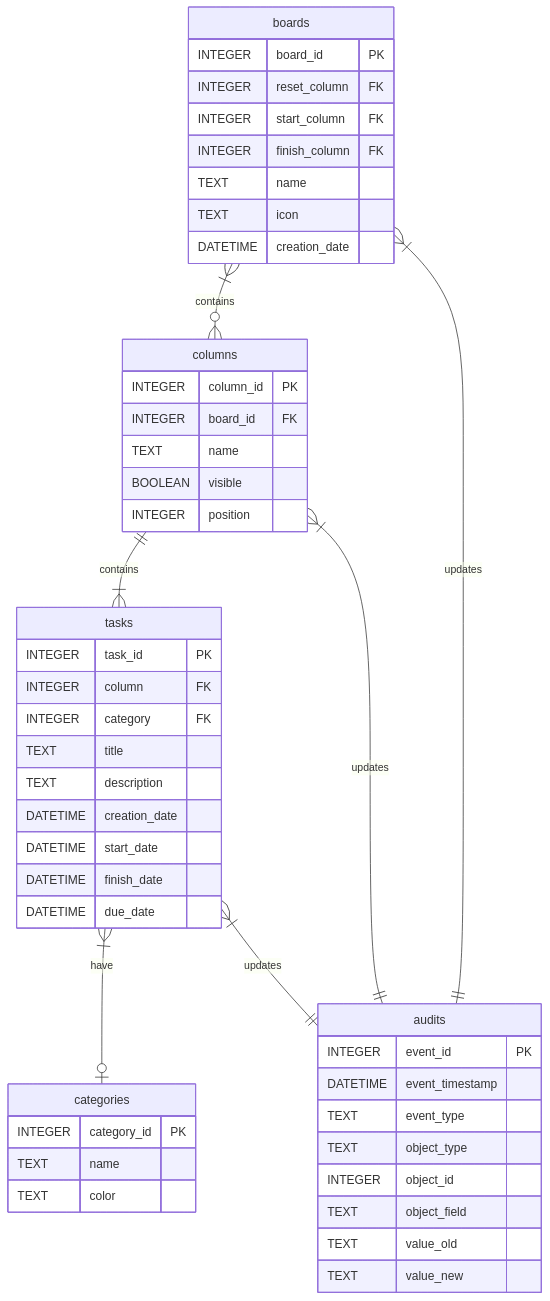
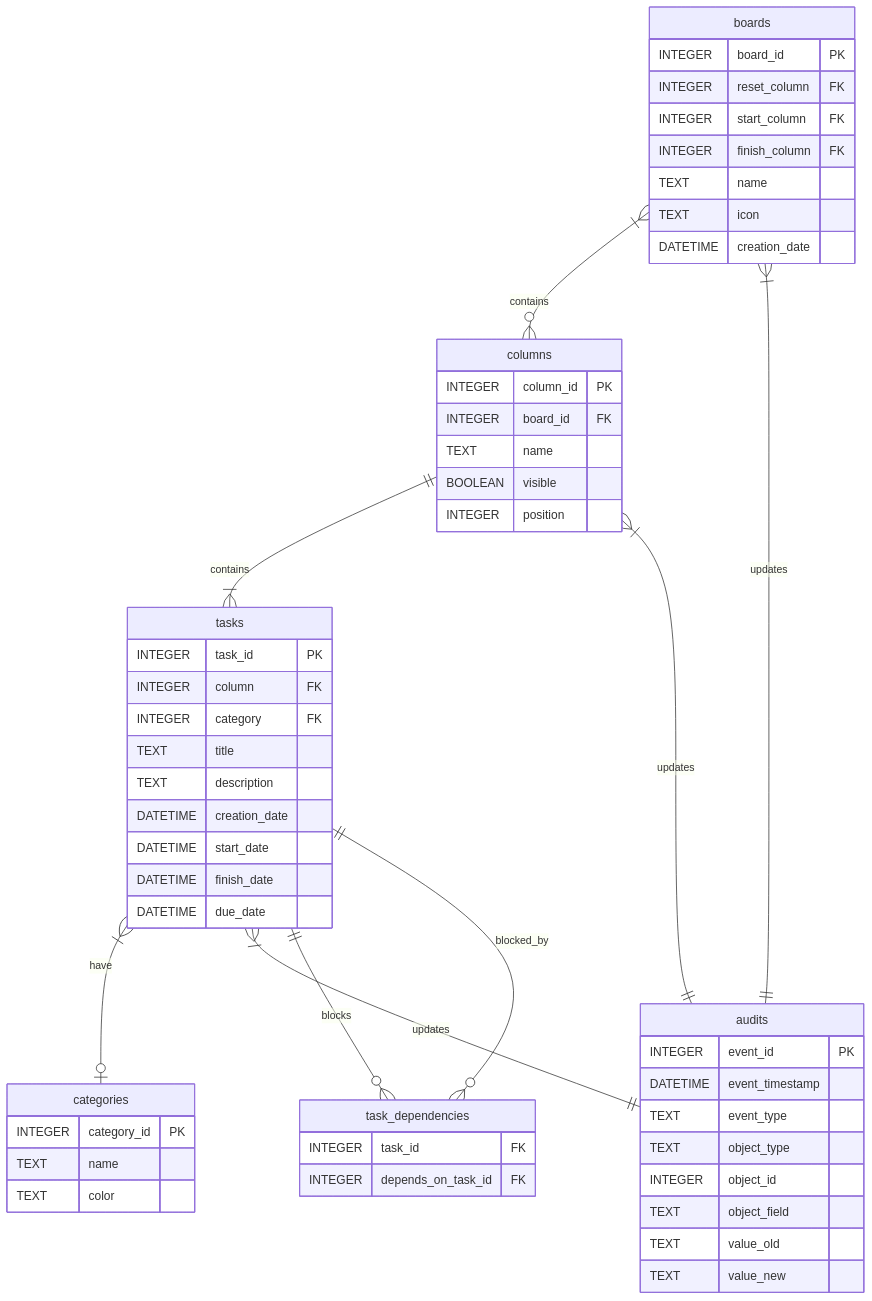
The diagram in README.md (Zaloog/kanban-tui), drawn with Mermaid before and after one commit. The commit also changed other lines of this file and 7 other files, not shown here.

````diff
--- a/README.md
+++ b/README.md
@@ -65,51 +80,57 @@
 ```mermaid
 erDiagram
     tasks }|--o| categories: have
     tasks }|--|| audits: updates
+    tasks ||--o{ task_dependencies: "blocks"
+    tasks ||--o{ task_dependencies: "blocked_by"
     tasks {
         INTEGER task_id PK
         INTEGER column FK
         INTEGER category FK
         TEXT title
         TEXT description
         DATETIME creation_date
         DATETIME start_date
         DATETIME finish_date
         DATETIME due_date
+    }
+    task_dependencies {
+        INTEGER task_id FK
+        INTEGER depends_on_task_id FK
     }
     boards }|--o{ columns: contains
     boards }|--|| audits: updates
     boards {
         INTEGER board_id PK
         INTEGER reset_column FK
         INTEGER start_column FK
         INTEGER finish_column FK
         TEXT name
         TEXT icon
         DATETIME creation_date
     }
     columns ||--|{ tasks: contains
     columns }|--|| audits: updates
     columns {
         INTEGER column_id PK
         INTEGER board_id FK
         TEXT name
         BOOLEAN visible
         INTEGER position
     }
     categories {
         INTEGER category_id PK
         TEXT name
         TEXT color
     }
     audits {
         INTEGER event_id PK
         DATETIME event_timestamp
         TEXT event_type
         TEXT object_type
         INTEGER object_id
         TEXT object_field
         TEXT value_old
         TEXT value_new
     }
 ```
````
